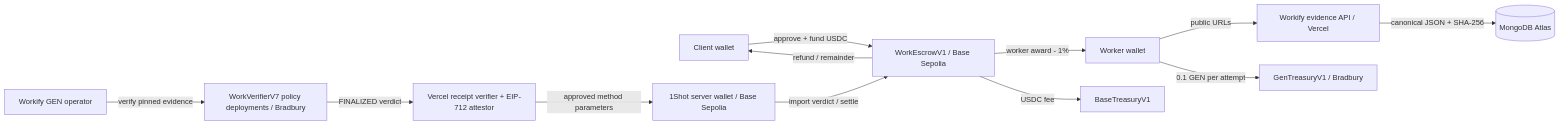
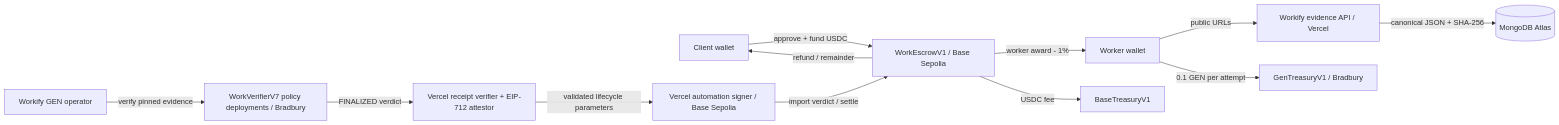
The first of 2 diagrams in README.md (TS-mfon/workify-protocol), drawn with Mermaid before and after one commit. The commit also changed other lines of this file and 37 other files, not shown here.

Commit message:
replace relayer with Vercel signer and redesign UI

````diff
--- a/README.md
+++ b/README.md
@@ -34,14 +34,14 @@
 ```mermaid
 flowchart LR
   C[Client wallet] -->|approve + fund USDC| E[WorkEscrowV1 / Base Sepolia]
   W[Worker wallet] -->|public URLs| A[Workify evidence API / Vercel]
   A -->|canonical JSON + SHA-256| M[(MongoDB Atlas)]
   W -->|0.1 GEN per attempt| T[GenTreasuryV1 / Bradbury]
   O[Workify GEN operator] -->|verify pinned evidence| V[WorkVerifierV7 policy deployments / Bradbury]
   V -->|FINALIZED verdict| R[Vercel receipt verifier + EIP-712 attestor]
-  R -->|approved method parameters| S[1Shot server wallet / Base Sepolia]
+  R -->|validated lifecycle parameters| S[Vercel automation signer / Base Sepolia]
   S -->|import verdict / settle| E
   E -->|worker award - 1%| W
   E -->|refund / remainder| C
   E -->|USDC fee| BT[BaseTreasuryV1]
 ```
````
